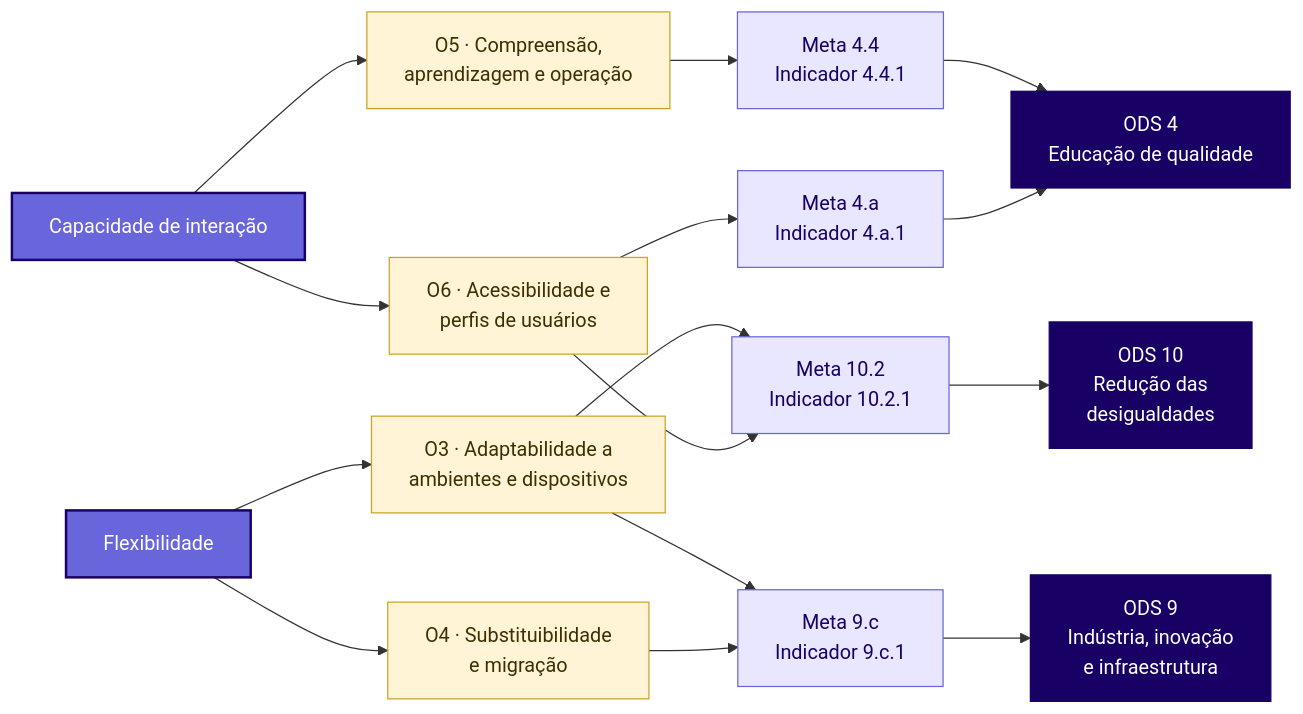
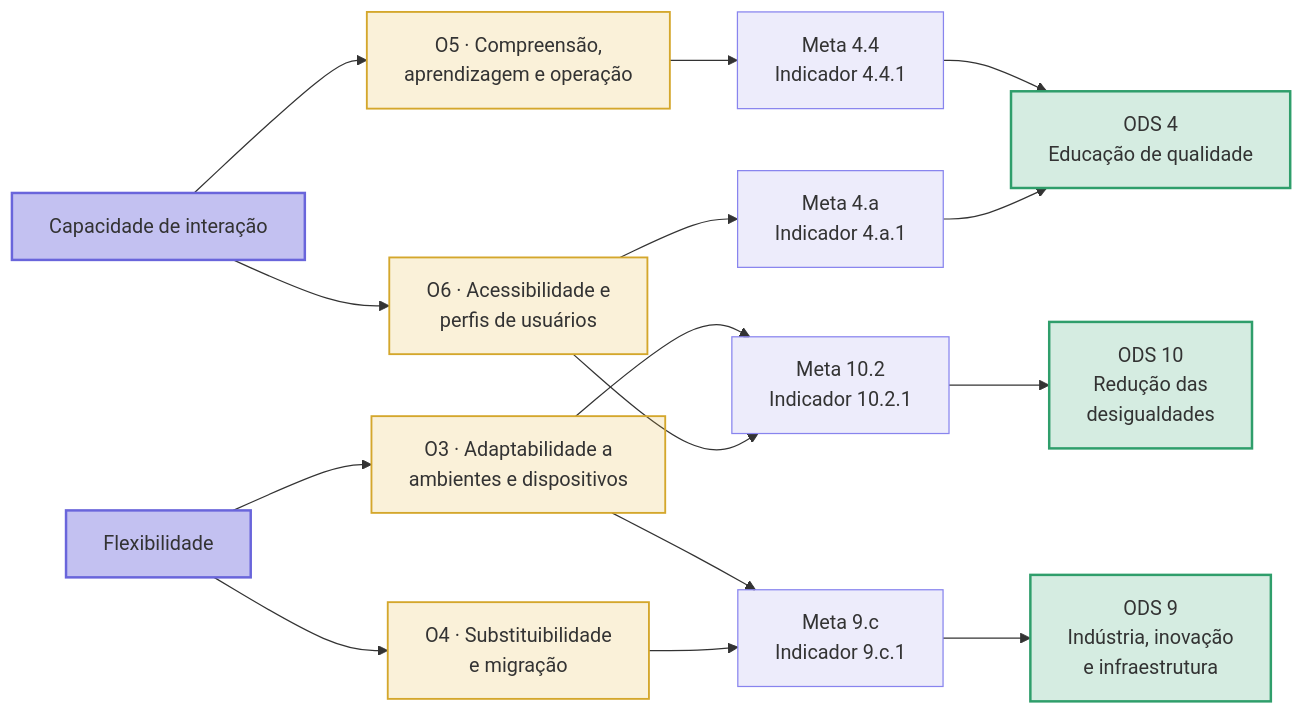
The diagram in docs/fase1/ods.md (FCTE-Qualidade-de-Software-1/2026-2_T02_ADA_LOVELACE), drawn with Mermaid before and after one commit. The commit also changed 1 other file, not shown here.

Commit message:
fix: ajusta cores dos diagramas para leitura no modo escuro

````diff
--- a/docs/fase1/ods.md
+++ b/docs/fase1/ods.md
@@ -114,31 +114,31 @@
 ```mermaid
 flowchart LR
     CI["Capacidade de interação"]
     FL["Flexibilidade"]
 
     CI --> O5["O5 · Compreensão,<br/>aprendizagem e operação"]
     CI --> O6["O6 · Acessibilidade e<br/>perfis de usuários"]
     FL --> O3["O3 · Adaptabilidade a<br/>ambientes e dispositivos"]
     FL --> O4["O4 · Substituibilidade<br/>e migração"]
 
     O5 --> M44["Meta 4.4<br/>Indicador 4.4.1"]
     O6 --> M4a["Meta 4.a<br/>Indicador 4.a.1"]
     O3 --> M9c["Meta 9.c<br/>Indicador 9.c.1"]
     O4 --> M9c
     O3 --> M102["Meta 10.2<br/>Indicador 10.2.1"]
     O6 --> M102
 
     M44 --> ODS4["ODS 4<br/>Educação de qualidade"]
     M4a --> ODS4
     M9c --> ODS9["ODS 9<br/>Indústria, inovação<br/>e infraestrutura"]
     M102 --> ODS10["ODS 10<br/>Redução das<br/>desigualdades"]
 
-    classDef car fill:#6965db,stroke:#190064,color:#ffffff,stroke-width:2px
-    classDef obj fill:#fff4d6,stroke:#c9a227,color:#3d2f00
-    classDef meta fill:#e8e7ff,stroke:#6965db,color:#190064
-    classDef ods fill:#190064,stroke:#190064,color:#ffffff
+    classDef car fill:#6965db66,stroke:#6965db,stroke-width:2px
+    classDef obj fill:#e0b0302e,stroke:#d4a72c,stroke-width:1.5px
+    classDef meta fill:#6965db1f,stroke:#8884ee
+    classDef ods fill:#2f9e6b33,stroke:#2f9e6b,stroke-width:2px
     class CI,FL car
     class O3,O4,O5,O6 obj
     class M44,M4a,M9c,M102 meta
     class ODS4,ODS9,ODS10 ods
 ```
````
